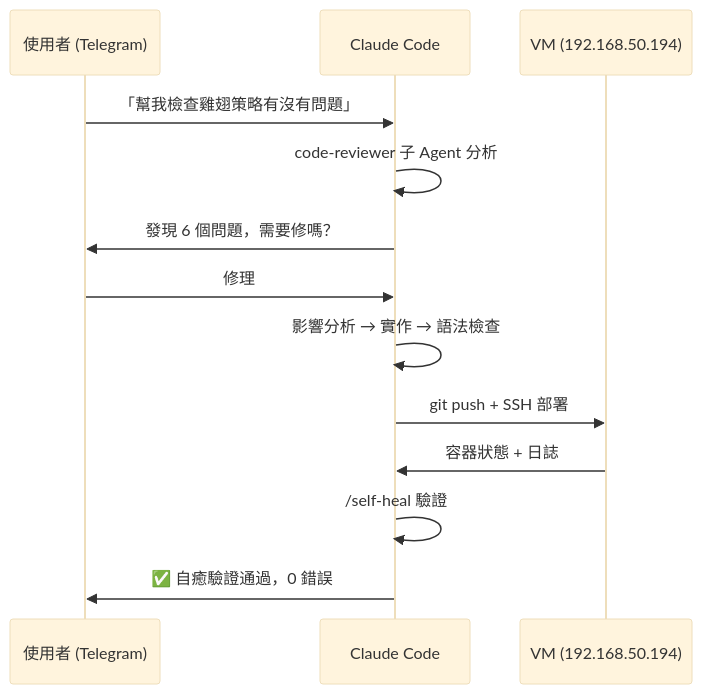
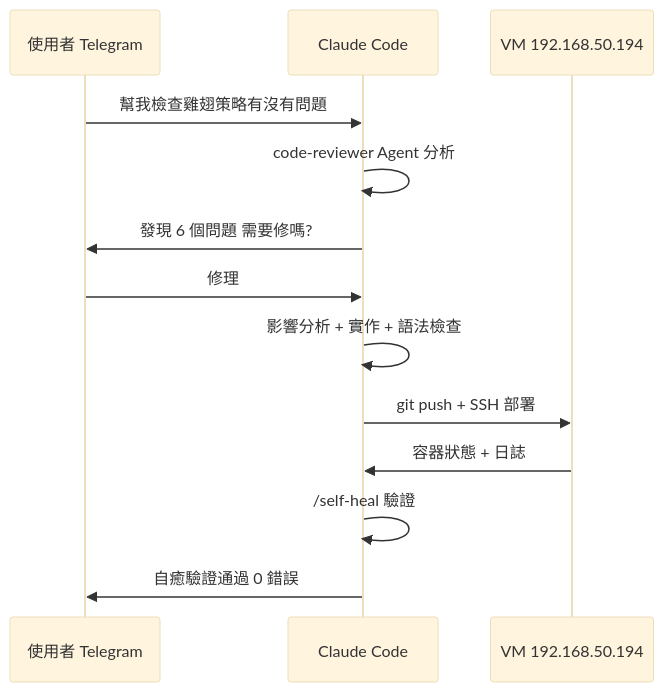
One commit to Zekkar/Zekkar.github.io changed the fourth of 4 diagrams in _posts/2026-03-28-ai-assisted-trading-system-development.md. Above: the diagram before and after it, drawn with Mermaid (base theme). The commit also changed other lines of this file, not shown here.

First line of the commit message:
fix: 全面重做圖表 — 統一用簡潔 Mermaid flowchart + classDef 配色

````diff
--- a/_posts/2026-03-28-ai-assisted-trading-system-development.md
+++ b/_posts/2026-03-28-ai-assisted-trading-system-development.md
@@ -300,16 +213,16 @@
 ```mermaid
 sequenceDiagram
-    participant U as 使用者 (Telegram)
+    participant U as 使用者 Telegram
     participant C as Claude Code
-    participant V as VM (192.168.50.194)
+    participant V as VM 192.168.50.194
 
-    U->>C: 「幫我檢查雞翅策略有沒有問題」
-    C->>C: code-reviewer 子 Agent 分析
-    C->>U: 發現 6 個問題，需要修嗎？
+    U->>C: 幫我檢查雞翅策略有沒有問題
+    C->>C: code-reviewer Agent 分析
+    C->>U: 發現 6 個問題 需要修嗎?
     U->>C: 修理
-    C->>C: 影響分析 → 實作 → 語法檢查
+    C->>C: 影響分析 + 實作 + 語法檢查
     C->>V: git push + SSH 部署
     V->>C: 容器狀態 + 日誌
     C->>C: /self-heal 驗證
-    C->>U: ✅ 自癒驗證通過，0 錯誤
+    C->>U: 自癒驗證通過 0 錯誤
 ```
````
